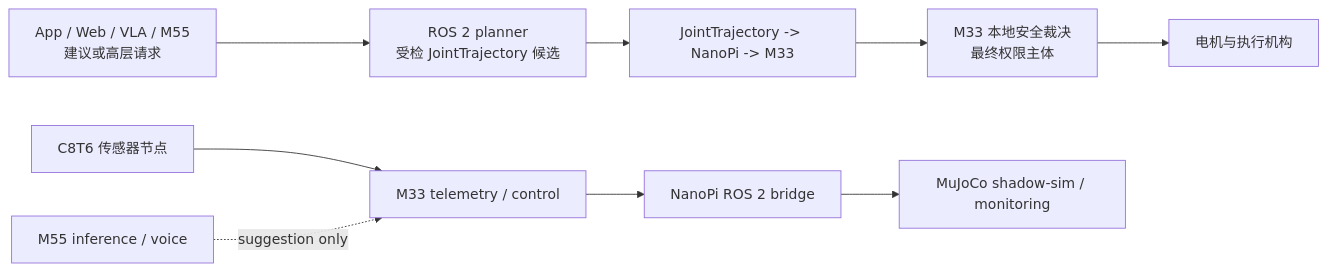
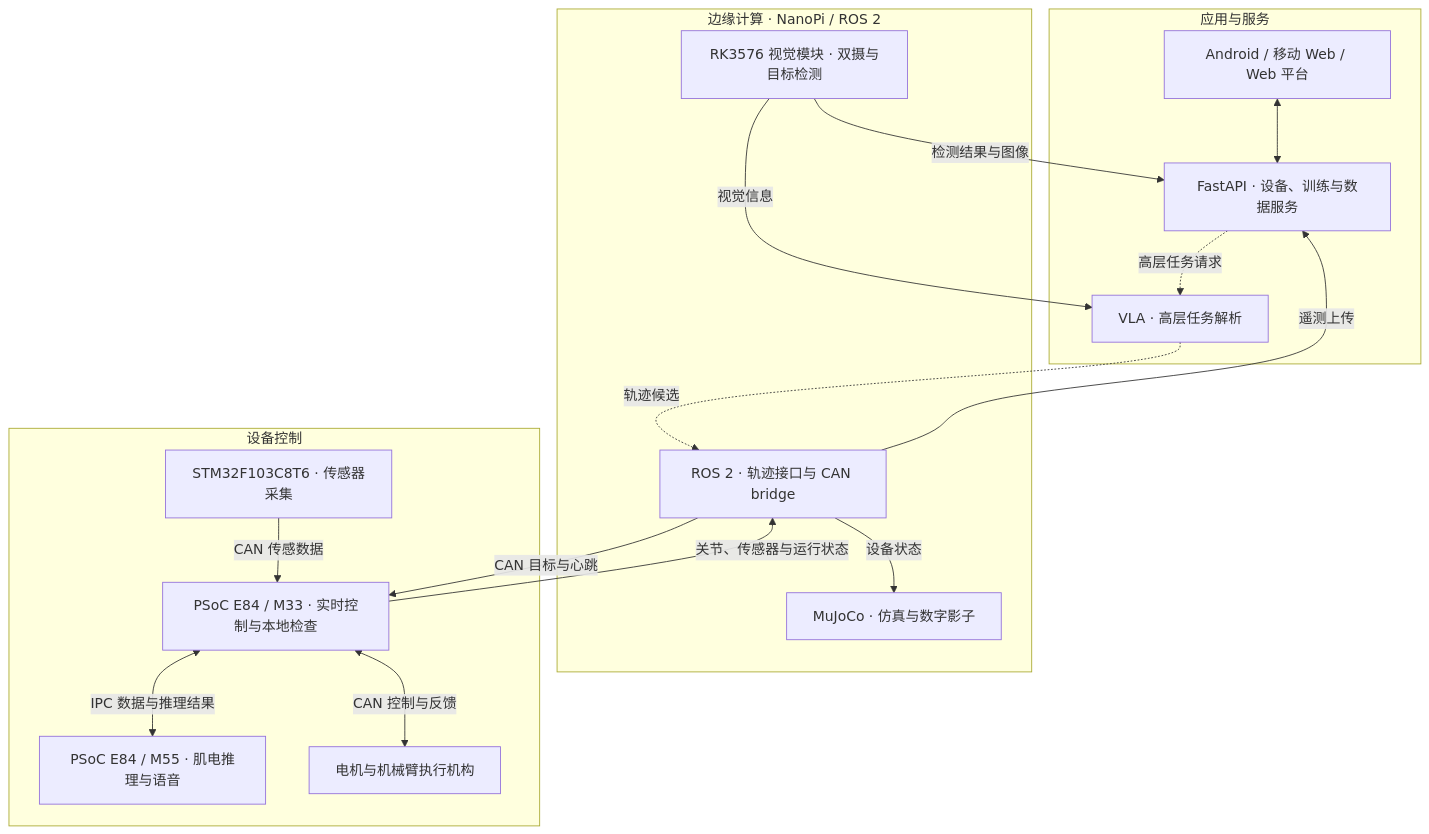
One commit to HalloYang06/PSOC_E84_robot changed the diagram in README.md. Above: the diagram before and after it, drawn with Mermaid. The commit also changed other lines of this file and 1 other file, not shown here.

````diff
--- a/README.md
+++ b/README.md
@@ -11,11 +28,34 @@
 ```mermaid
-flowchart LR
-    UI["App / Web / VLA / M55\n建议或高层请求"] --> PLAN["ROS 2 planner\n受检 JointTrajectory 候选"]
-    PLAN --> PATH["JointTrajectory -> NanoPi -> M33"]
-    PATH --> SAFE["M33 本地安全裁决\n最终权限主体"]
-    SAFE --> MOTOR["电机与执行机构"]
-    SENSOR["C8T6 传感器节点"] --> M33["M33 telemetry / control"]
-    M33 --> NANO["NanoPi ROS 2 bridge"]
-    NANO --> SIM["MuJoCo shadow-sim / monitoring"]
-    M55["M55 inference / voice"] -. "suggestion only" .-> M33
+flowchart TB
+    subgraph app_layer["应用与服务"]
+        UI["Android / 移动 Web / Web 平台"]
+        API["FastAPI · 设备、训练与数据服务"]
+        VLA["VLA · 高层任务解析"]
+        UI <--> API
+    end
+
+    subgraph edge_layer["边缘计算 · NanoPi / ROS 2"]
+        VISION["RK3576 视觉模块 · 双摄与目标检测"]
+        ROS["ROS 2 · 轨迹接口与 CAN bridge"]
+        SIM["MuJoCo · 仿真与数字影子"]
+    end
+
+    subgraph device_layer["设备控制"]
+        SENSOR["STM32F103C8T6 · 传感器采集"]
+        M33["PSoC E84 / M33 · 实时控制与本地检查"]
+        M55["PSoC E84 / M55 · 肌电推理与语音"]
+        MOTOR["电机与机械臂执行机构"]
+        SENSOR -->|CAN 传感数据| M33
+        M33 <-->|IPC 数据与推理结果| M55
+        M33 <-->|CAN 控制与反馈| MOTOR
+    end
+
+    API -.->|高层任务请求| VLA
+    VISION -->|视觉信息| VLA
+    VISION -->|检测结果与图像| API
+    VLA -.->|轨迹候选| ROS
+    ROS -->|CAN 目标与心跳| M33
+    M33 -->|关节、传感器与运行状态| ROS
+    ROS -->|设备状态| SIM
+    ROS -->|遥测上传| API
 ```
````
